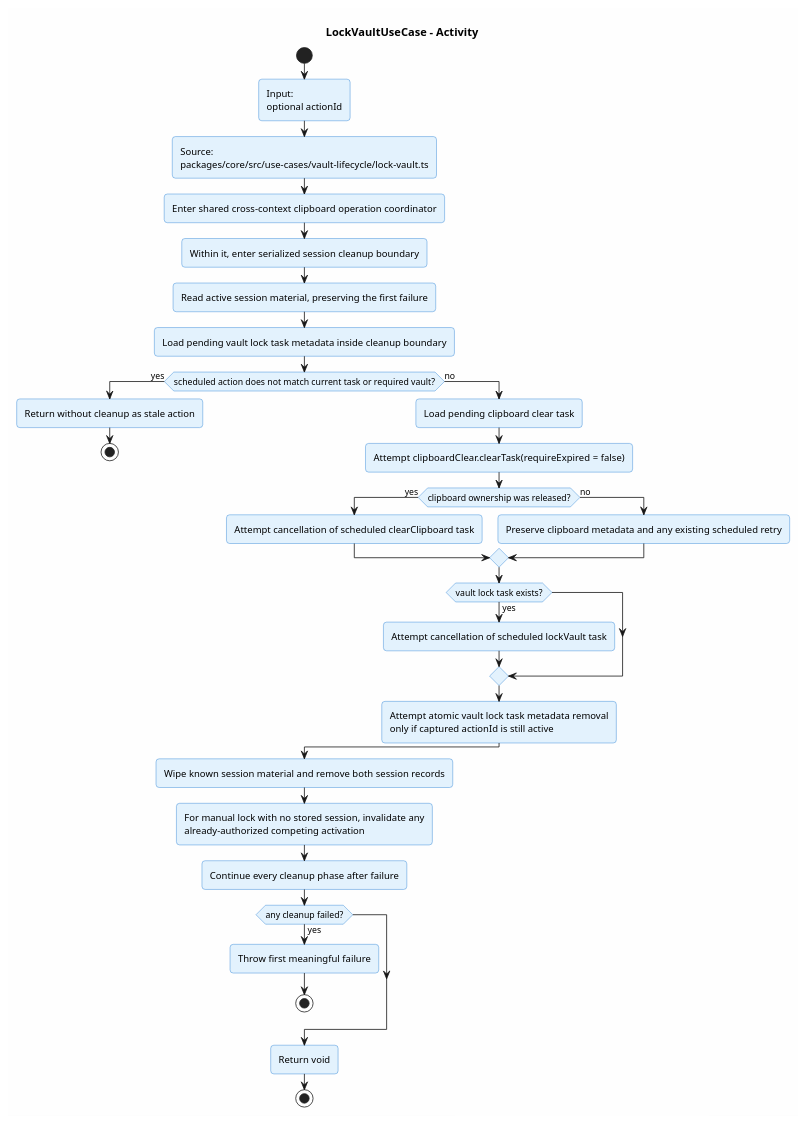
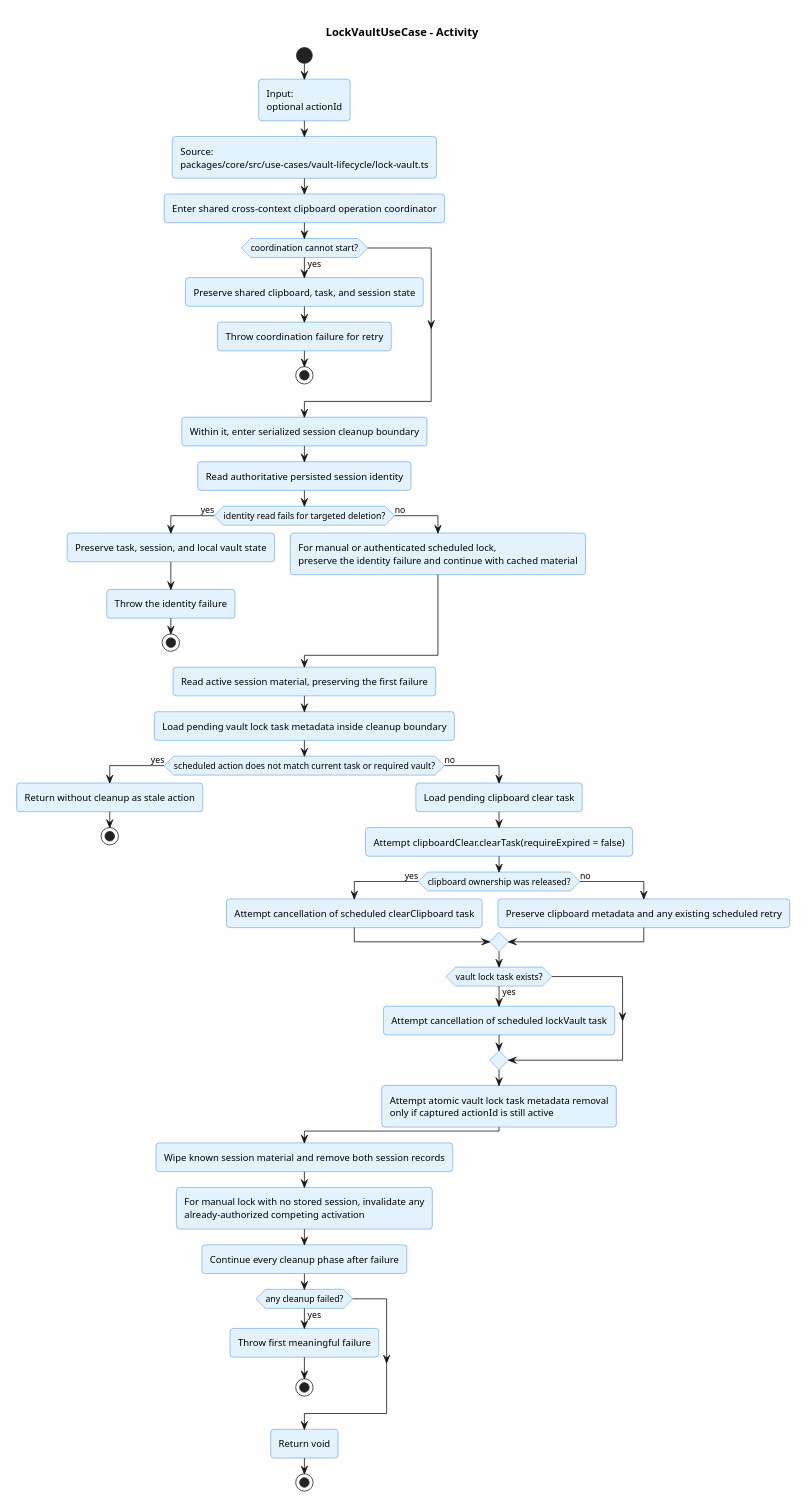
The diagram in docs/v1/use-case/vault-lifecycle/lock-vault.activity.puml (ArionStudio/engr-serverless-pm), drawn with PlantUML before and after one commit. The commit also changed 33 other files, not shown here.

```diff
--- a/docs/v1/use-case/vault-lifecycle/lock-vault.activity.puml
+++ b/docs/v1/use-case/vault-lifecycle/lock-vault.activity.puml
@@ -1,48 +1,62 @@
 @startuml lock-vault-activity
 title LockVaultUseCase - Activity
 
 skinparam backgroundColor #FEFEFE
 skinparam roundcorner 8
 skinparam shadowing false
 skinparam activity {
   BackgroundColor #E3F2FD
   BorderColor #1976D2
 }
 
 start
 :Input:\noptional actionId;
 :Source:\npackages/core/src/use-cases/vault-lifecycle/lock-vault.ts;
 :Enter shared cross-context clipboard operation coordinator;
+if (coordination cannot start?) then (yes)
+  :Preserve shared clipboard, task, and session state;
+  :Throw coordination failure for retry;
+  stop
+endif
 :Within it, enter serialized session cleanup boundary;
+:Read authoritative persisted session identity;
+if (identity read fails for targeted deletion?) then (yes)
+  :Preserve task, session, and local vault state;
+  :Throw the identity failure;
+  stop
+else (no)
+  :For manual or authenticated scheduled lock,
+  preserve the identity failure and continue with cached material;
+endif
 :Read active session material, preserving the first failure;
 :Load pending vault lock task metadata inside cleanup boundary;
 
 if (scheduled action does not match current task or required vault?) then (yes)
   :Return without cleanup as stale action;
   stop
 else (no)
   :Load pending clipboard clear task;
   :Attempt clipboardClear.clearTask(requireExpired = false);
   if (clipboard ownership was released?) then (yes)
     :Attempt cancellation of scheduled clearClipboard task;
   else (no)
     :Preserve clipboard metadata and any existing scheduled retry;
   endif
 
   if (vault lock task exists?) then (yes)
     :Attempt cancellation of scheduled lockVault task;
   endif
   :Attempt atomic vault lock task metadata removal\nonly if captured actionId is still active;
 endif
 
 :Wipe known session material and remove both session records;
 :For manual lock with no stored session, invalidate any\nalready-authorized competing activation;
 :Continue every cleanup phase after failure;
 
 if (any cleanup failed?) then (yes)
   :Throw first meaningful failure;
   stop
 endif
 :Return void;
 stop
 @enduml
```
